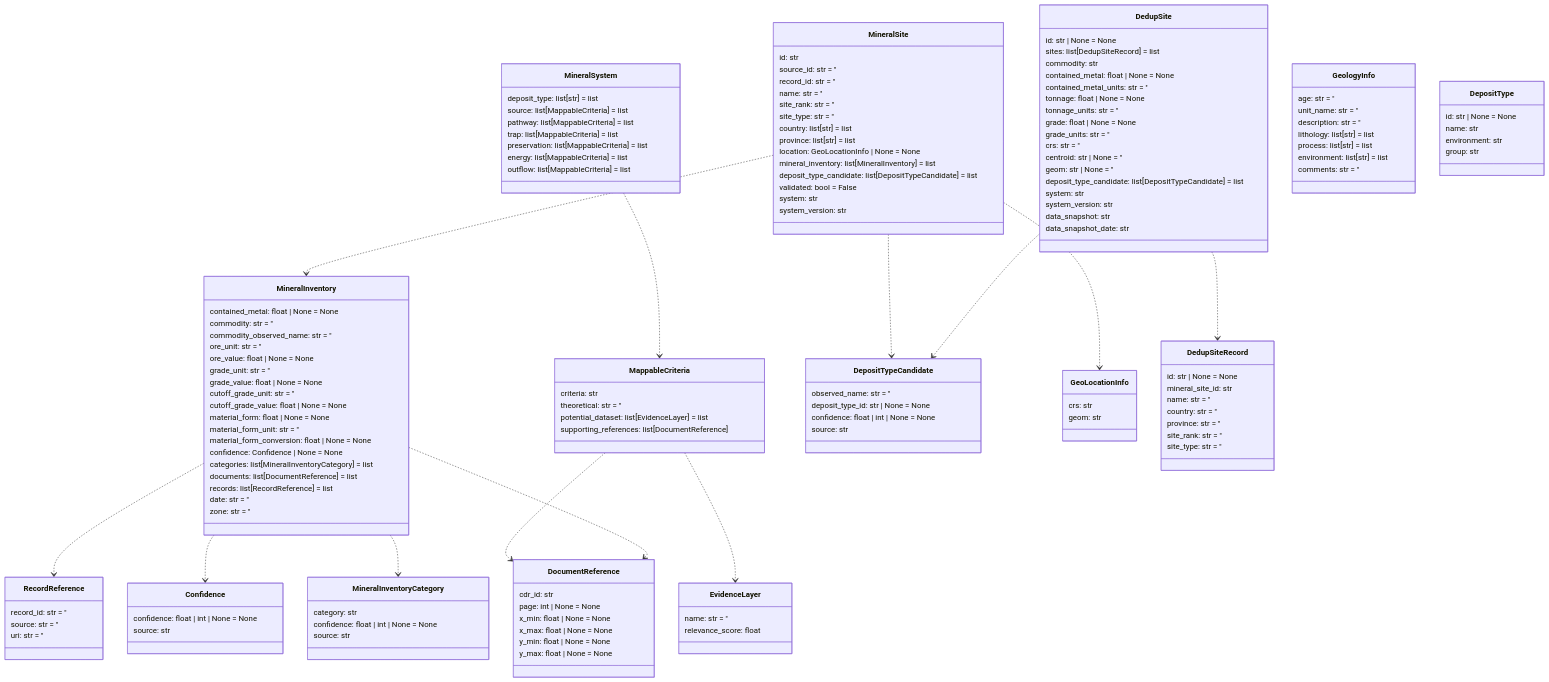
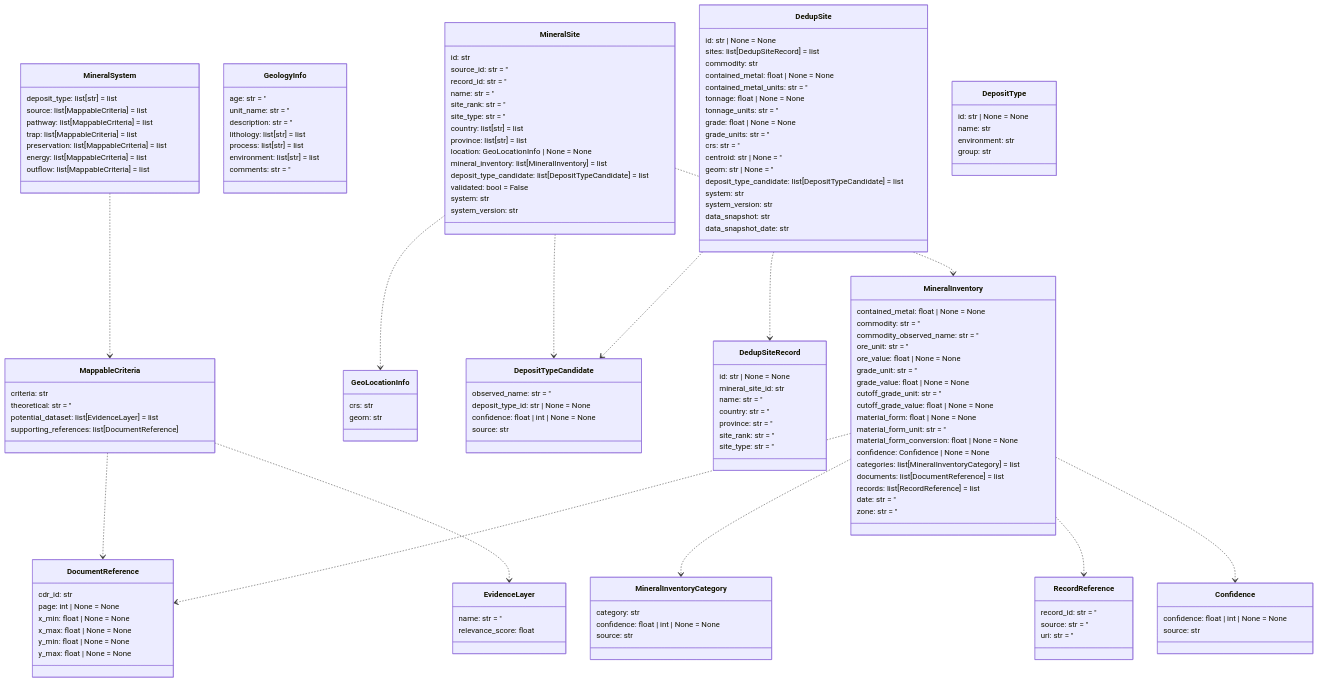
Before and after one commit to DARPA-CRITICALMAAS/cdr_schemas: the tenth of 14 diagrams in README.md, drawn with Mermaid. The commit also changed other lines of this file and 2 other files, not shown here.

````diff
--- a/README.md
+++ b/README.md
@@ -766,11 +766,35 @@
 ```mermaid
 classDiagram
 
-    class MappableCriteria {
-        criteria: str
-        theoretical: str = ''
-        potential_dataset: list[EvidenceLayer] = list
-        supporting_references: list[DocumentReference]
+    class DedupSite {
+        id: str | None = None
+        sites: list[DedupSiteRecord] = list
+        commodity: str
+        contained_metal: float | None = None
+        contained_metal_units: str = ''
+        tonnage: float | None = None
+        tonnage_units: str = ''
+        grade: float | None = None
+        grade_units: str = ''
+        crs: str = ''
+        centroid: str | None = ''
+        geom: str | None = ''
+        deposit_type_candidate: list[DepositTypeCandidate] = list
+        system: str
+        system_version: str
+        data_snapshot: str
+        data_snapshot_date: str
+    }
+
+    class MineralInventoryCategory {
+        category: str
+        confidence: float | int | None = None
+        source: str
+    }
+
+    class Confidence {
+        confidence: float | int | None = None
+        source: str
     }
 
     class MineralInventory {
@@ -794,30 +818,29 @@
         zone: str = ''
     }
 
-    class RecordReference {
-        record_id: str = ''
-        source: str = ''
-        uri: str = ''
+    class GeoLocationInfo {
+        crs: str
+        geom: str
     }
 
-    class DedupSite {
-        id: str | None = None
-        sites: list[DedupSiteRecord] = list
-        commodity: str
-        contained_metal: float | None = None
-        contained_metal_units: str = ''
-        tonnage: float | None = None
-        tonnage_units: str = ''
-        grade: float | None = None
-        grade_units: str = ''
-        crs: str = ''
-        centroid: str | None = ''
-        geom: str | None = ''
-        deposit_type_candidate: list[DepositTypeCandidate] = list
-        system: str
-        system_version: str
-        data_snapshot: str
-        data_snapshot_date: str
+    class GeologyInfo {
+        age: str = ''
+        unit_name: str = ''
+        description: str = ''
+        lithology: list[str] = list
+        process: list[str] = list
+        environment: list[str] = list
+        comments: str = ''
+    }
+
+    class MineralSystem {
+        deposit_type: list[str] = list
+        source: list[MappableCriteria] = list
+        pathway: list[MappableCriteria] = list
+        trap: list[MappableCriteria] = list
+        preservation: list[MappableCriteria] = list
+        energy: list[MappableCriteria] = list
+        outflow: list[MappableCriteria] = list
     }
 
     class MineralSite {
@@ -837,7 +860,9 @@
         system_version: str
     }
 
-    class Confidence {
+    class DepositTypeCandidate {
+        observed_name: str = ''
+        deposit_type_id: str | None = None
         confidence: float | int | None = None
         source: str
     }
@@ -845,54 +870,6 @@
     class EvidenceLayer {
         name: str = ''
         relevance_score: float
-    }
-
-    class MineralSystem {
-        deposit_type: list[str] = list
-        source: list[MappableCriteria] = list
-        pathway: list[MappableCriteria] = list
-        trap: list[MappableCriteria] = list
-        preservation: list[MappableCriteria] = list
-        energy: list[MappableCriteria] = list
-        outflow: list[MappableCriteria] = list
-    }
-
-    class DepositTypeCandidate {
-        observed_name: str = ''
-        deposit_type_id: str | None = None
-        confidence: float | int | None = None
-        source: str
-    }
-
-    class GeoLocationInfo {
-        crs: str
-        geom: str
-    }
-
-    class GeologyInfo {
-        age: str = ''
-        unit_name: str = ''
-        description: str = ''
-        lithology: list[str] = list
-        process: list[str] = list
-        environment: list[str] = list
-        comments: str = ''
-    }
-
-    class DocumentReference {
-        cdr_id: str
-        page: int | None = None
-        x_min: float | None = None
-        x_max: float | None = None
-        y_min: float | None = None
-        y_max: float | None = None
-    }
-
-    class DepositType {
-        id: str | None = None
-        name: str
-        environment: str
-        group: str
     }
 
     class DedupSiteRecord {
@@ -905,24 +882,47 @@
         site_type: str = ''
     }
 
-    class MineralInventoryCategory {
-        category: str
-        confidence: float | int | None = None
-        source: str
+    class DepositType {
+        id: str | None = None
+        name: str
+        environment: str
+        group: str
     }
 
+    class RecordReference {
+        record_id: str = ''
+        source: str = ''
+        uri: str = ''
+    }
+
+    class DocumentReference {
+        cdr_id: str
+        page: int | None = None
+        x_min: float | None = None
+        x_max: float | None = None
+        y_min: float | None = None
+        y_max: float | None = None
+    }
+
+    class MappableCriteria {
+        criteria: str
+        theoretical: str = ''
+        potential_dataset: list[EvidenceLayer] = list
+        supporting_references: list[DocumentReference]
+    }
+
+    MappableCriteria ..> DocumentReference
     MappableCriteria ..> EvidenceLayer
-    MappableCriteria ..> DocumentReference
     MineralSystem ..> MappableCriteria
+    MineralInventory ..> MineralInventoryCategory
     MineralInventory ..> RecordReference
     MineralInventory ..> Confidence
-    MineralInventory ..> MineralInventoryCategory
     MineralInventory ..> DocumentReference
+    MineralSite ..> GeoLocationInfo
     MineralSite ..> MineralInventory
-    MineralSite ..> GeoLocationInfo
     MineralSite ..> DepositTypeCandidate
+    DedupSite ..> DepositTypeCandidate
     DedupSite ..> DedupSiteRecord
-    DedupSite ..> DepositTypeCandidate
 
 
 ```
````
